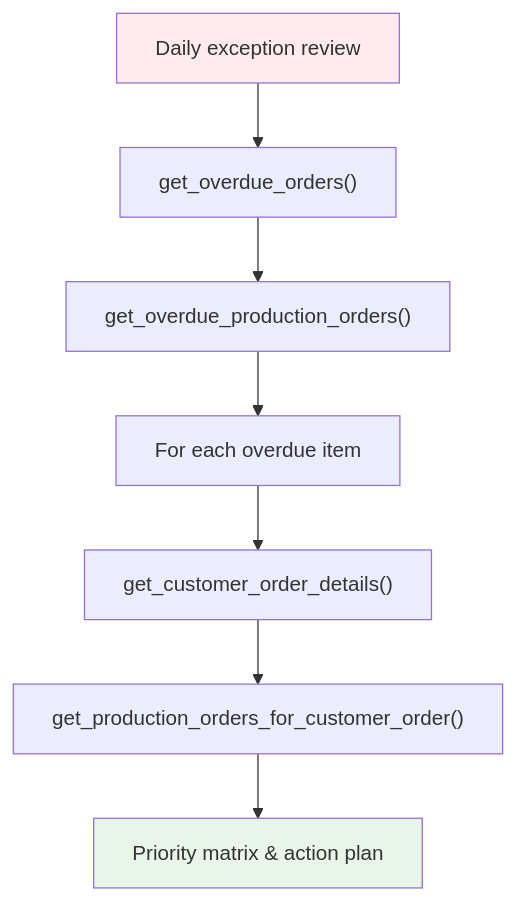
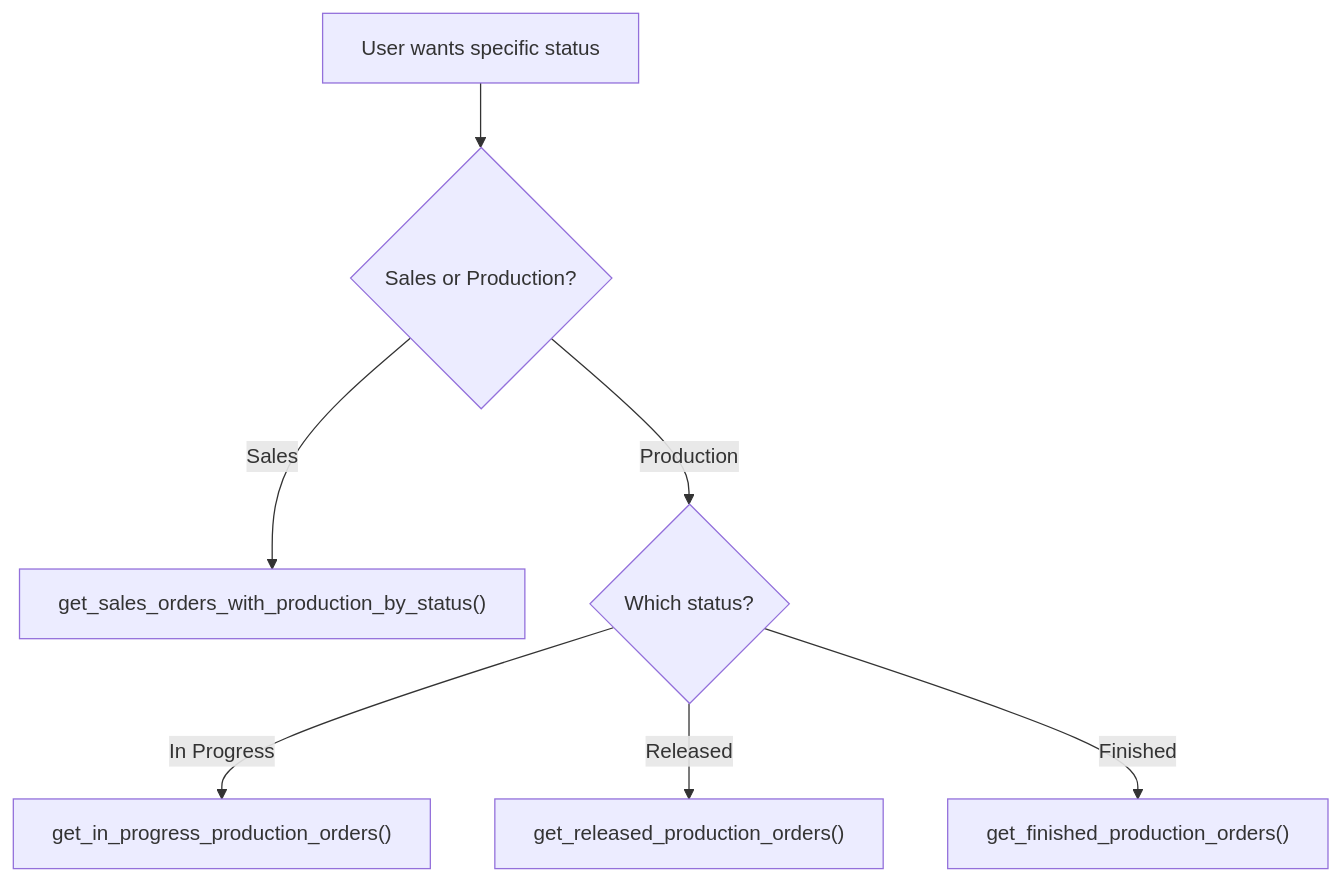
One commit to SheetMetalConnect/Oseon-MCP changed the third of 3 diagrams in docs/tools-reference.md. Above: the diagram before and after it, drawn with Mermaid. The commit also changed other lines of this file and 2 other files, not shown here.

Commit message:
Agent-focused documentation with clear commands and action chains

````diff
--- a/docs/tools-reference.md
+++ b/docs/tools-reference.md
@@ -364,12 +407,10 @@
 ```mermaid
 flowchart TD
-    A["Daily exception review"] --> B["get_overdue_orders()"]
-    B --> C["get_overdue_production_orders()"]
-    C --> D["For each overdue item"]
-    D --> E["get_customer_order_details()"]
-    E --> F["get_production_orders_for_customer_order()"]
-    F --> G["Priority matrix & action plan"]
+    A["User wants specific status"] --> B{"Sales or Production?"}
+    B -->|Sales| C["get_sales_orders_with_production_by_status()"]
+    B -->|Production| D{"Which status?"}
     
-    style A fill:#ffebee
-    style G fill:#e8f5e8
+    D -->|"In Progress"| E["get_in_progress_production_orders()"]
+    D -->|"Released"| F["get_released_production_orders()"]
+    D -->|"Finished"| G["get_finished_production_orders()"]
 ```
````
